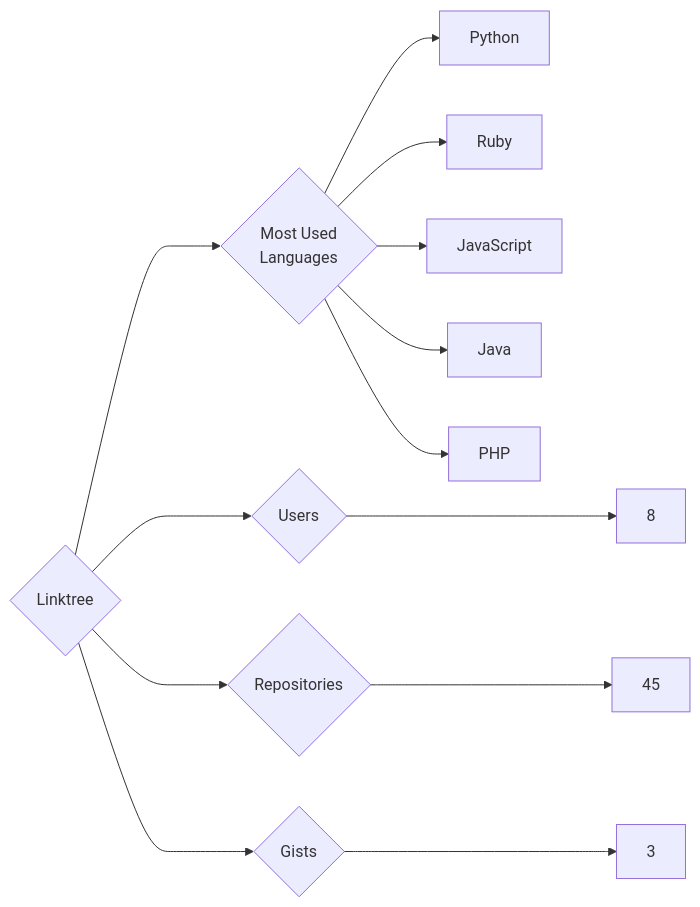
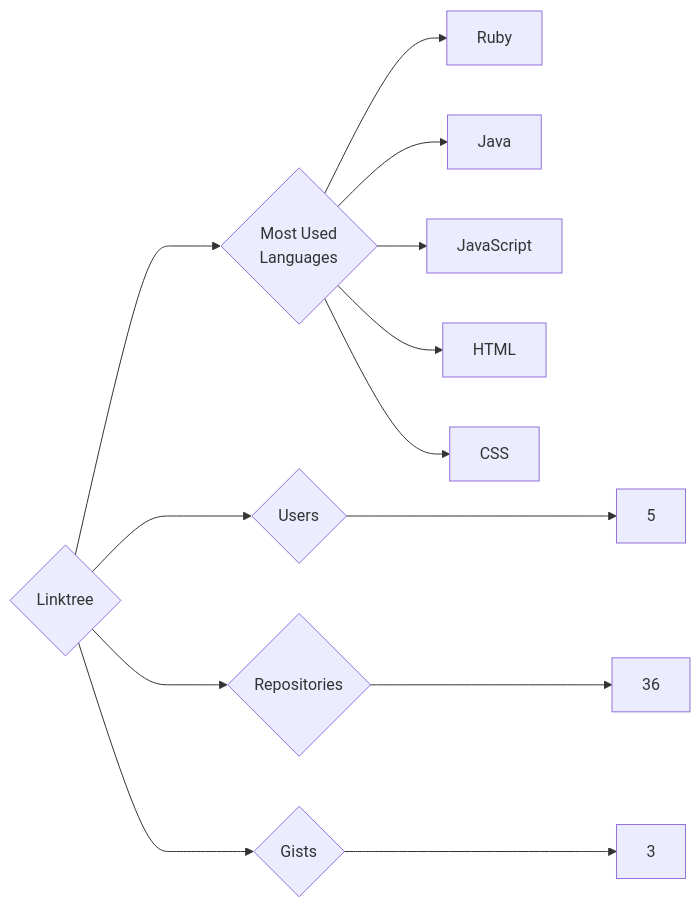
One commit to trickest/insiders changed the diagram in targets/Linktree/README.md. Above: the diagram before and after it, drawn with Mermaid. The commit also changed 815 other files, not shown here.

````diff
--- a/targets/Linktree/README.md
+++ b/targets/Linktree/README.md
@@ -3,13 +3,13 @@
 ```mermaid
 graph LR
 COMPANY_NAME{Linktree}
-COMPANY_NAME ---> U{Users} ---> UN[8]
-COMPANY_NAME ---> R{Repositories} ---> RN[45]
+COMPANY_NAME ---> U{Users} ---> UN[5]
+COMPANY_NAME ---> R{Repositories} ---> RN[36]
 COMPANY_NAME ---> G{Gists} ---> GN[3]
 COMPANY_NAME ---> ML{Most Used<br>Languages}
-ML --> Python[Python]
 ML --> Ruby[Ruby]
+ML --> Java[Java]
 ML --> JavaScript[JavaScript]
-ML --> Java[Java]
-ML --> PHP[PHP]
+ML --> HTML[HTML]
+ML --> CSS[CSS]
 ```
````
